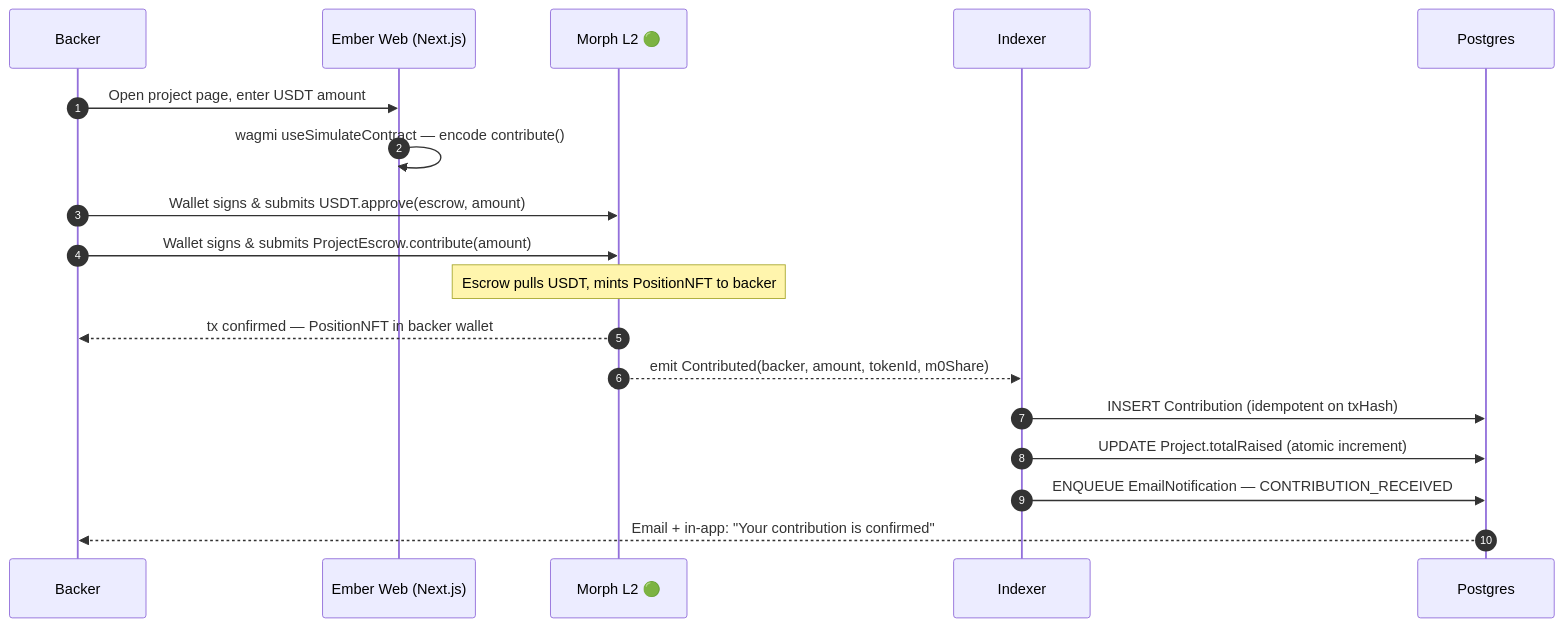
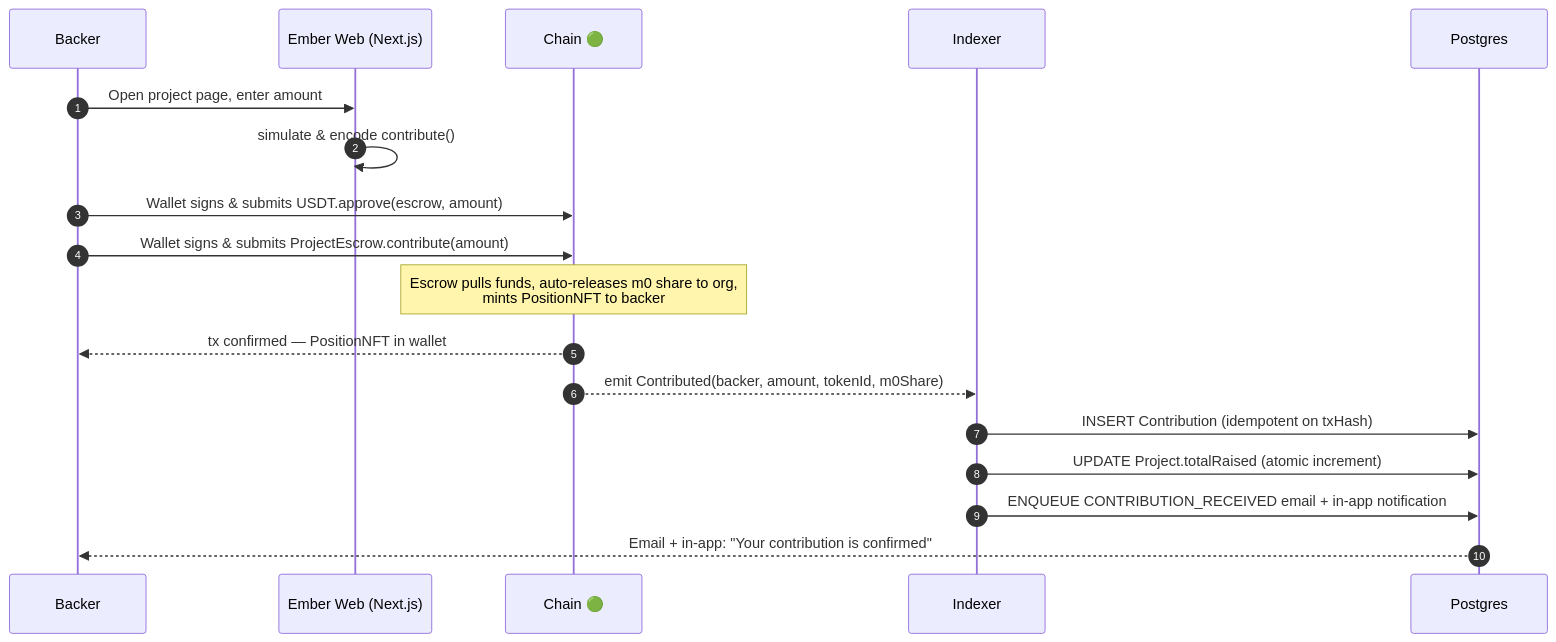
The third of 4 diagrams in README.md (webnxt-2030/ember2), drawn with Mermaid before and after one commit. The commit also changed other lines of this file, not shown here.

````diff
--- a/README.md
+++ b/README.md
@@ -107,21 +164,21 @@
 ```mermaid
 sequenceDiagram
     autonumber
     participant B  as Backer
     participant UI as Ember Web (Next.js)
-    participant M  as Morph L2 🟢
+    participant M  as Chain 🟢
     participant IX as Indexer
     participant DB as Postgres
 
-    B->>UI: Open project page, enter USDT amount
-    UI->>UI: wagmi useSimulateContract — encode contribute()
+    B->>UI: Open project page, enter amount
+    UI->>UI: simulate & encode contribute()
     B->>M: Wallet signs & submits USDT.approve(escrow, amount)
     B->>M: Wallet signs & submits ProjectEscrow.contribute(amount)
-    note over M: Escrow pulls USDT, mints PositionNFT to backer
-    M-->>B: tx confirmed — PositionNFT in backer wallet
+    note over M: Escrow pulls funds, auto-releases m0 share to org,<br/>mints PositionNFT to backer
+    M-->>B: tx confirmed — PositionNFT in wallet
     M-->>IX: emit Contributed(backer, amount, tokenId, m0Share)
     IX->>DB: INSERT Contribution (idempotent on txHash)
     IX->>DB: UPDATE Project.totalRaised (atomic increment)
-    IX->>DB: ENQUEUE EmailNotification — CONTRIBUTION_RECEIVED
+    IX->>DB: ENQUEUE CONTRIBUTION_RECEIVED email + in-app notification
     DB-->>B: Email + in-app: "Your contribution is confirmed"
 ```
````
